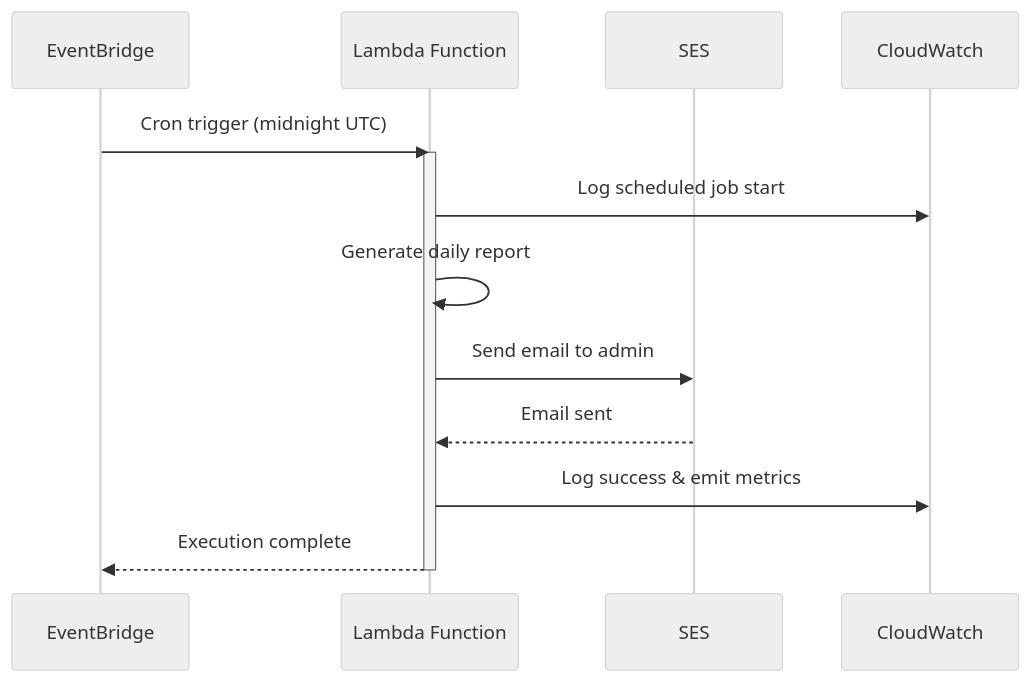
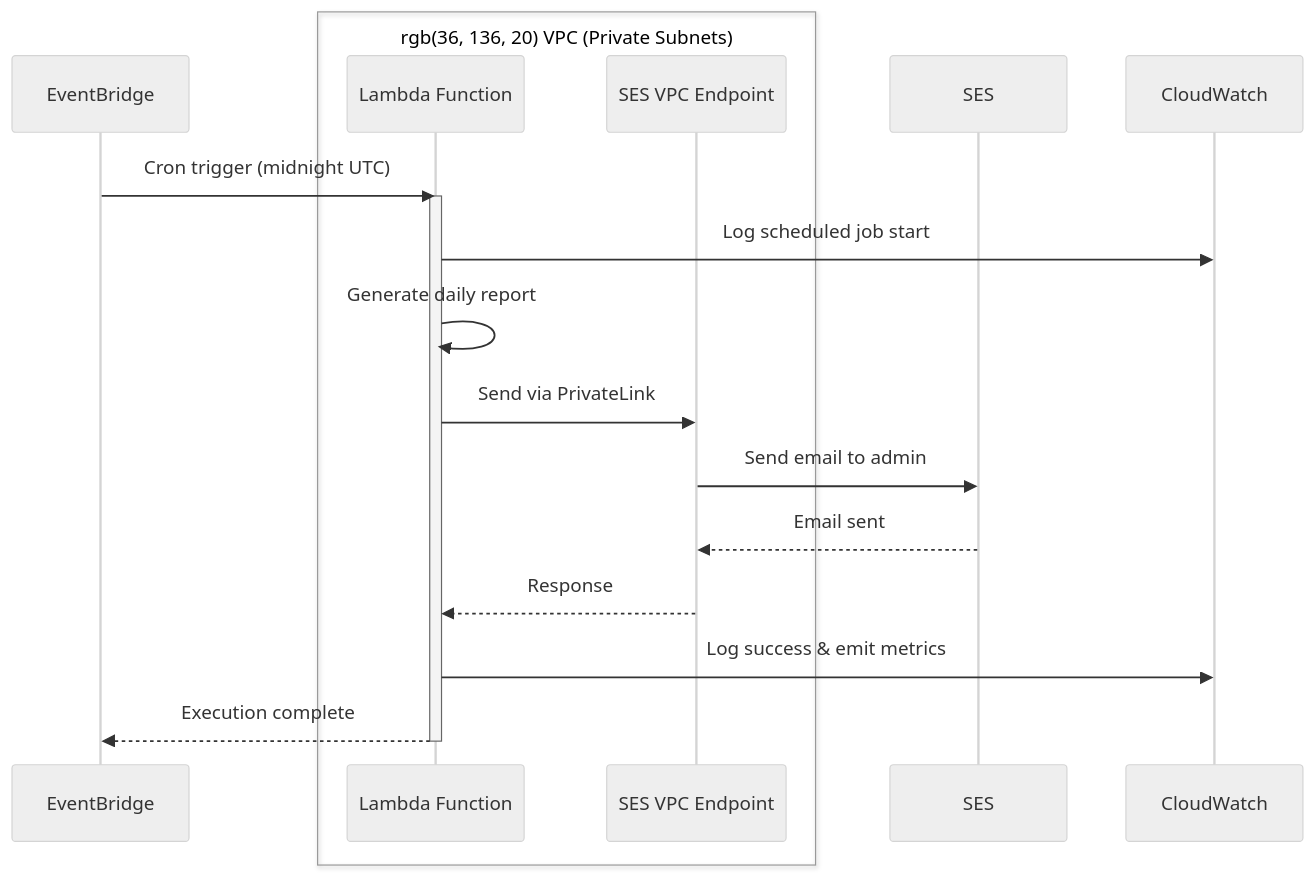
Before and after one commit to shotah/aws_fastapi_template: the third of 3 diagrams in README.md, drawn with Mermaid (neutral theme). The commit also changed other lines of this file and 3 other files, not shown here.

````diff
--- a/README.md
+++ b/README.md
@@ -82,17 +106,22 @@
 ```mermaid
 sequenceDiagram
     participant EB as EventBridge
-    participant Lambda as Lambda Function
+    box rgb(36, 136, 20) VPC (Private Subnets)
+        participant Lambda as Lambda Function
+        participant VPCE as SES VPC Endpoint
+    end
     participant SES as SES
     participant CW as CloudWatch
 
     EB->>Lambda: Cron trigger (midnight UTC)
     activate Lambda
     Lambda->>CW: Log scheduled job start
     Lambda->>Lambda: Generate daily report
-    Lambda->>SES: Send email to admin
-    SES-->>Lambda: Email sent
+    Lambda->>VPCE: Send via PrivateLink
+    VPCE->>SES: Send email to admin
+    SES-->>VPCE: Email sent
+    VPCE-->>Lambda: Response
     Lambda->>CW: Log success & emit metrics
     Lambda-->>EB: Execution complete
     deactivate Lambda
 ```
````
